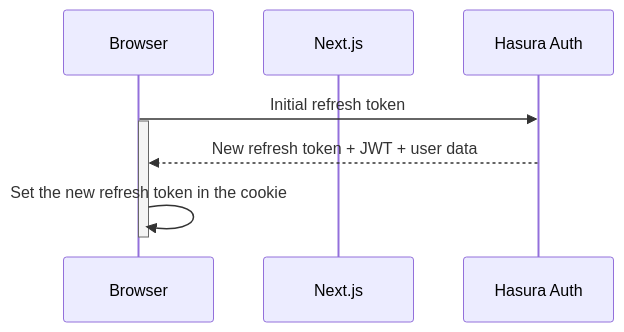
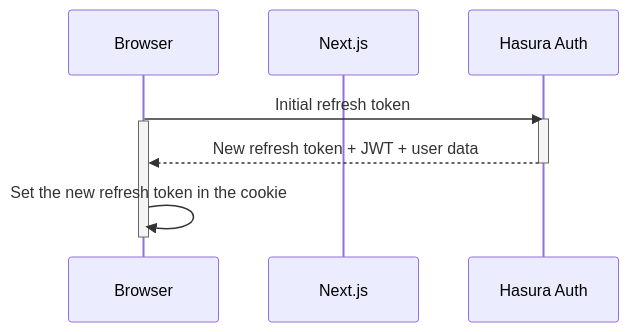
Before and after one commit to nhost/nhost: the second of 4 diagrams in docs/content/docs/reference/nextjs/index.mdx, drawn with Mermaid. The commit also changed other lines of this file and 2 other files, not shown here.

Commit message:
docs: do not wait for mermaid to be loaded to render the page

````diff
--- a/docs/content/docs/reference/nextjs/index.mdx
+++ b/docs/content/docs/reference/nextjs/index.mdx
@@ -37,12 +37,13 @@
 ```mermaid
 sequenceDiagram
     participant browser as Browser
     participant next as Next.js
     participant auth as Hasura Auth
     browser->>auth: Initial refresh token
-    activate browser
+    activate auth
     activate browser
     auth-->>browser: New refresh token + JWT + user data
+    deactivate auth
     browser->>browser: Set the new refresh token in the cookie
     deactivate browser
 ```
````
